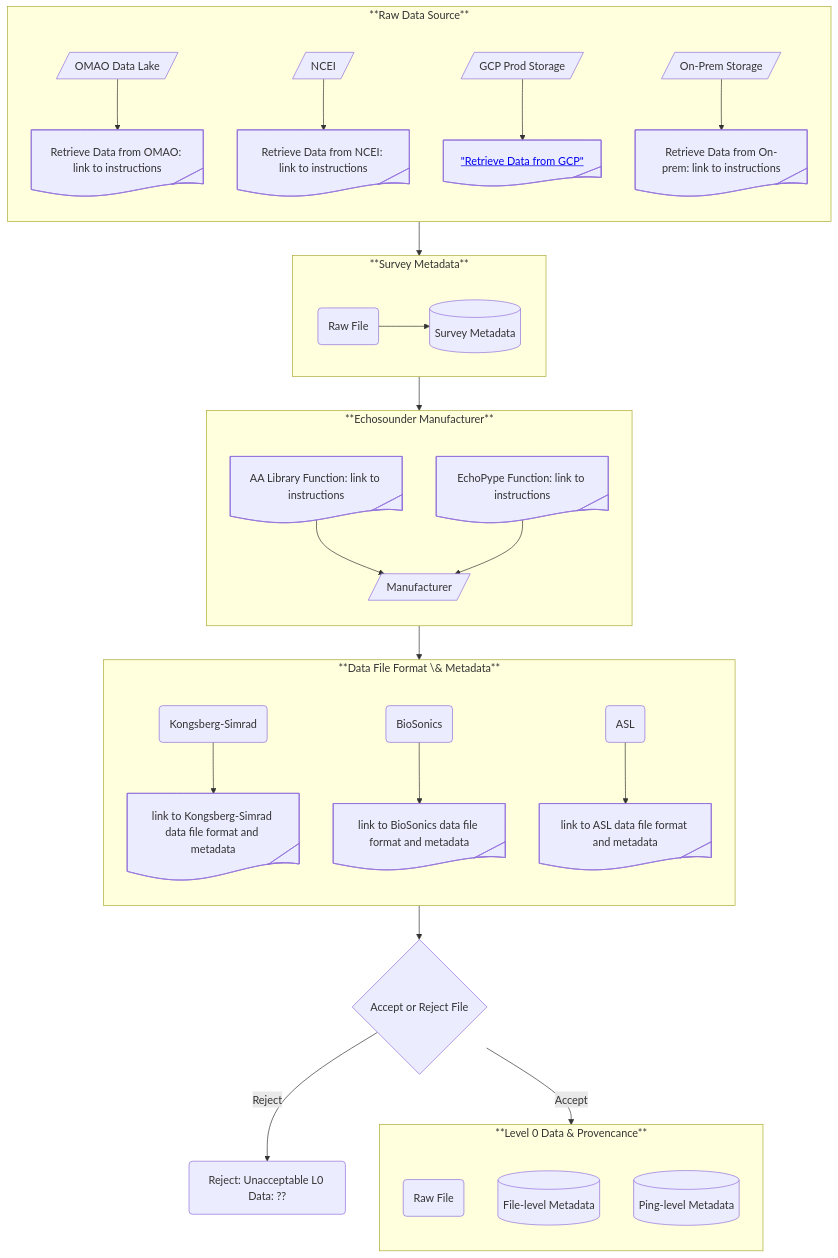
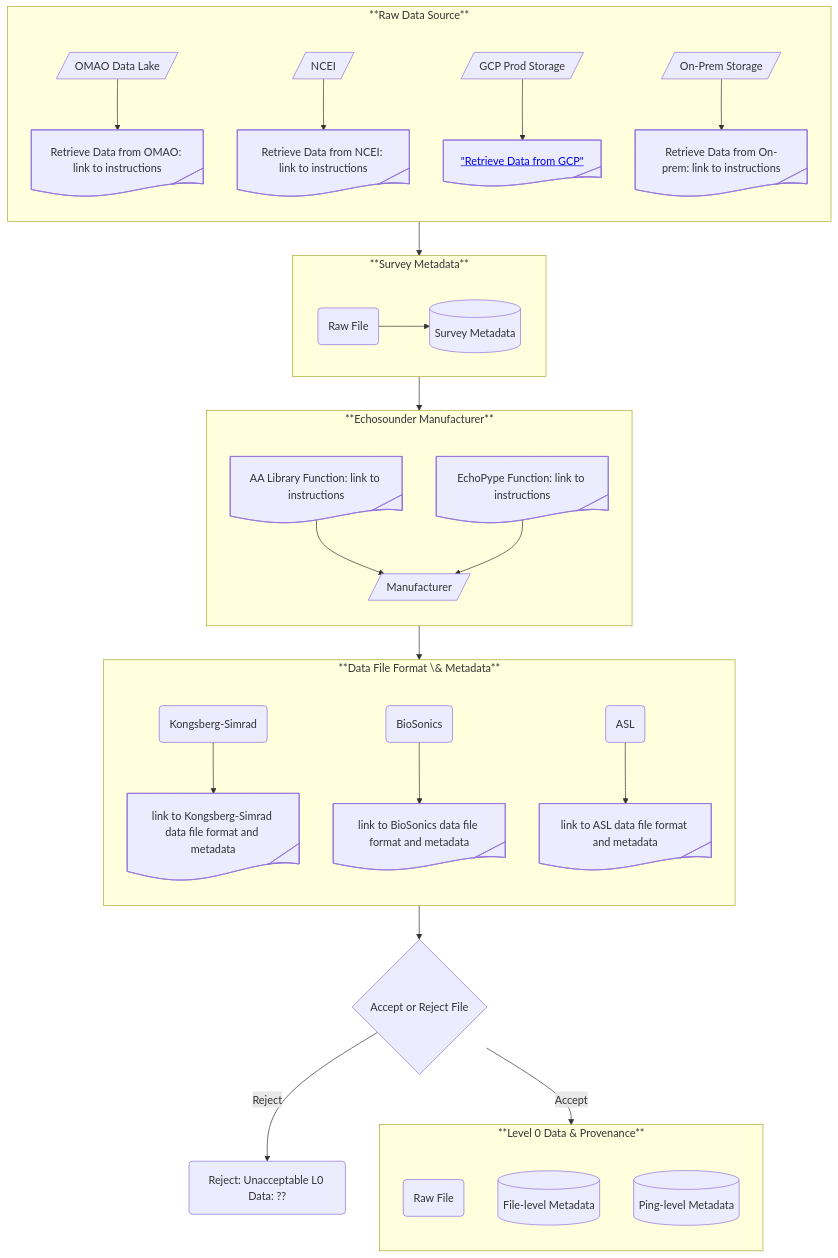
Before and after one commit to nmfs-ost/AA-SI_DataRoadMap: the first of 5 diagrams in README.md, drawn with Mermaid.

Commit message:
Fix spelling of 'Provenance' in README diagram
Corrected the spelling of 'Provenance' in the diagram. Added reference to BiqQuery

````diff
--- a/README.md
+++ b/README.md
@@ -77,45 +77,45 @@
 ```mermaid
 ---
 config:
     flowchart:
         subGraphTitleMargin:
             "bottom": 30
 ---
 flowchart TB
     subgraph SG_L0_DataSource["**Raw Data Source**"]
         direction TB
         node_L0_SrcOMAO@{shape: lean-r, label: "OMAO Data Lake"} --> node_L0_OMAO@{ shape: tag-doc, label: "Retrieve Data from OMAO: link to instructions" }
         node_L0_SrcNCEI@{shape: lean-r, label: "NCEI"} --> node_L0_NCEI@{ shape: tag-doc, label: "Retrieve Data from NCEI: link to instructions" }
         node_L0_SrcGCP@{shape: lean-r, label: "GCP Prod Storage"} --> node_L0_GCP@{ shape: tag-doc, label: <a href="https://nmfs-ost.github.io/AA-SI_aalibrary/documentation/aalibrary"> "Retrieve Data from GCP"</a> }
         node_L0_SrcOP@{shape: lean-r, label: "On-Prem Storage"} --> node_L0_OP@{ shape: tag-doc, label: "Retrieve Data from On-prem: link to instructions" }
         %%style node_SrcOMAO color:blue
     end
     subgraph SG_L0_SurveyMetaData["**Survey Metadata**"]
         direction LR
-        node_L0_RF@{ shape: rounded, label: "Raw File" } --> node_L0_SMD@{ shape: database, label: <a href="https://github.com/nmfs-ost/AA-SI_metadata"> "Survey Metadata"</a> }
+        node_L0_RF@{ shape: rounded, label: "Raw File" } --> node_L0_SMD@{ shape: database, label: <a href="https://console.cloud.google.com/bigquery?referrer=search&hl=en&invt=AbuwBQ&project=ggn-nmfs-aa-prod-1&rapt=AEjHL4OlTXzJnY9sYCgfXyE2O-JiDhka0a7L5x-wbqt9b1oGX4FYsSypa0yHTreTWIObb16IvbSrulruSRbU7J1RMJ_6Aw5owoIpWqU-wEbjaa8NZEvOt7A"> "Survey Metadata"</a> }
     end
     subgraph SG_L0_ESManufacturer["**Echosounder Manufacturer**"]
         direction TB
         node_L0_AL1@{shape: tag-doc, label: "AA Library Function: link to instructions"} --> node_L0_Man@{ shape: lean-r, label: "Manufacturer" }
         node_L0_AL2@{shape: tag-doc, label: "EchoPype Function: link to instructions"} --> node_L0_Man
     end
     subgraph SG_L0_ESMetaData["**Data File Format \& Metadata**"]
         direction TB
         node_L0_KS@{ shape: rounded, label: "Kongsberg-Simrad" } --> node_L0_KSMD@{ shape: tag-doc, label: "link to Kongsberg-Simrad data file format and metadata" }
         node_L0_BS@{ shape: rounded, label: "BioSonics" } --> node_L0_BSMD@{ shape: tag-doc, label: "link to BioSonics data file format and metadata" }
         node_L0_ASL@{ shape: rounded, label: "ASL" } --> node_L0_ASLMD@{ shape: tag-doc, label: "link to ASL data file format and metadata" }
     end
-    subgraph SG_L0_Data["**Level 0 Data & Provencance**"]
+    subgraph SG_L0_Data["**Level 0 Data & Provenance**"]
         direction TB
         node_L0_RD@{ shape: rounded, label: "Raw File" }
         node_L0_SMD@{ shape: database, label: "Survey Metadata" }
         node_L0_FMD@{ shape: database, label: "File-level Metadata" }
         node_L0_PMD@{ shape: database, label: "Ping-level Metadata" }
     end
     SG_L0_DataSource --> SG_L0_SurveyMetaData
     SG_L0_SurveyMetaData --> SG_L0_ESManufacturer
     SG_L0_ESManufacturer --> SG_L0_ESMetaData
     SG_L0_ESMetaData --> node_AcceptReject@{ shape: diamond, label: "Accept or Reject File" }
     node_AcceptReject --> |Accept| SG_L0_Data
     node_AcceptReject --> |Reject| node_Reject_L0@{ shape: rounded, label: "Reject: Unacceptable L0 Data: ??" }
 ```
````
